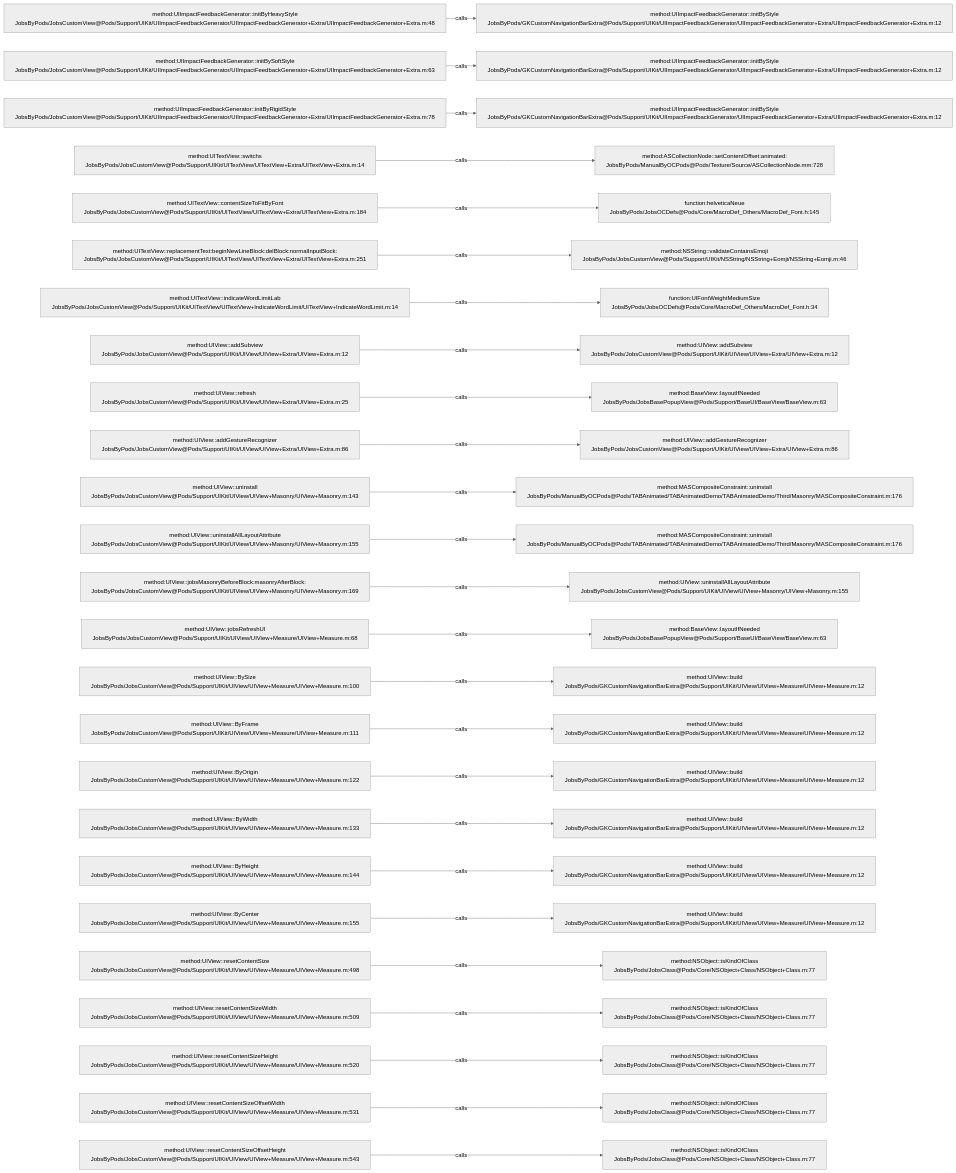
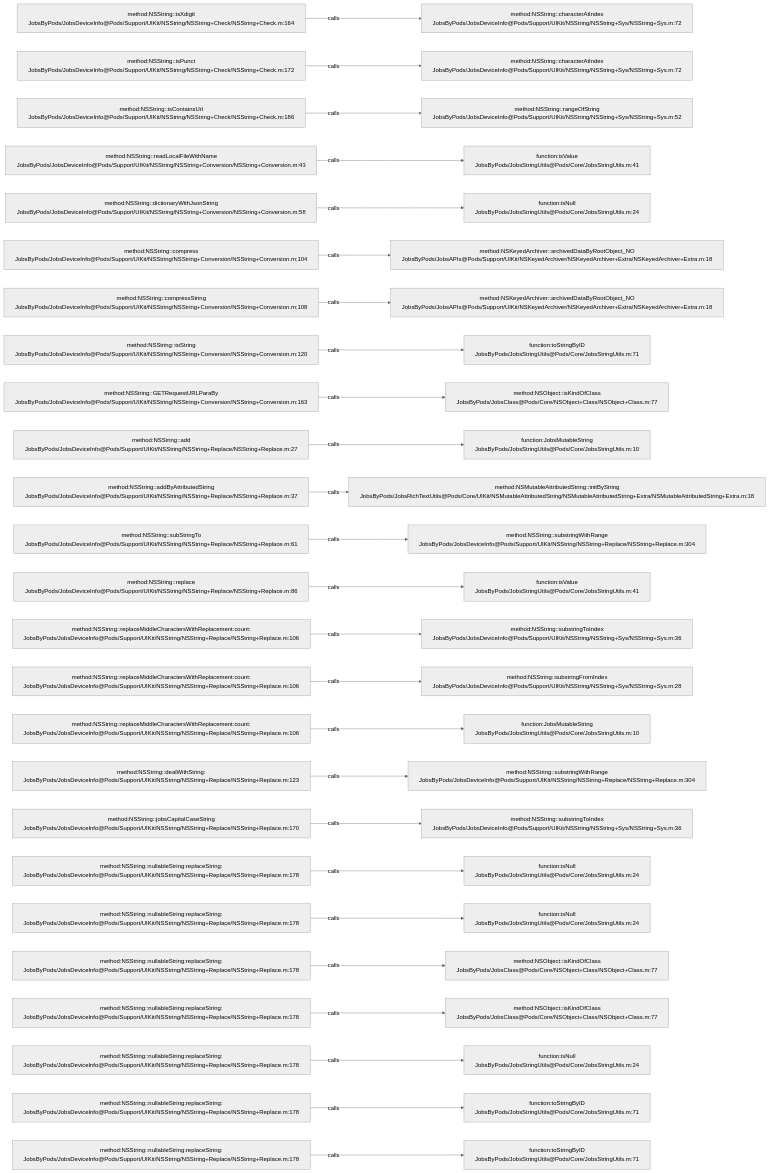
The diagram in .codegraph/codegraph.md/graphs/calls-090.md (JobsKits/JobsOCBaseConfigDemo), drawn with Mermaid (neutral theme) before and after one commit. The commit also changed 639 other files, not shown here.

````diff
--- a/.codegraph/codegraph.md/graphs/calls-090.md
+++ b/.codegraph/codegraph.md/graphs/calls-090.md
@@ -13,78 +13,78 @@
 ```mermaid
 flowchart LR
-  S1["method:UIImpactFeedbackGenerator::initByHeavyStyle<br/>JobsByPods/JobsCustomView@Pods/Support/UIKit/UIImpactFeedbackGenerator/UIImpactFeedbackGenerator+Extra/UIImpactFeedbackGenerator+Extra.m:48"]
-  T1["method:UIImpactFeedbackGenerator::initByStyle<br/>JobsByPods/GKCustomNavigationBarExtra@Pods/Support/UIKit/UIImpactFeedbackGenerator/UIImpactFeedbackGenerator+Extra/UIImpactFeedbackGenerator+Extra.m:12"]
+  S1["method:NSString::isXdigit<br/>JobsByPods/JobsDeviceInfo@Pods/Support/UIKit/NSString/NSString+Check/NSString+Check.m:164"]
+  T1["method:NSString::characterAtIndex<br/>JobsByPods/JobsDeviceInfo@Pods/Support/UIKit/NSString/NSString+Sys/NSString+Sys.m:72"]
   S1 -->|calls| T1
-  S2["method:UIImpactFeedbackGenerator::initBySoftStyle<br/>JobsByPods/JobsCustomView@Pods/Support/UIKit/UIImpactFeedbackGenerator/UIImpactFeedbackGenerator+Extra/UIImpactFeedbackGenerator+Extra.m:63"]
-  T2["method:UIImpactFeedbackGenerator::initByStyle<br/>JobsByPods/GKCustomNavigationBarExtra@Pods/Support/UIKit/UIImpactFeedbackGenerator/UIImpactFeedbackGenerator+Extra/UIImpactFeedbackGenerator+Extra.m:12"]
+  S2["method:NSString::isPunct<br/>JobsByPods/JobsDeviceInfo@Pods/Support/UIKit/NSString/NSString+Check/NSString+Check.m:172"]
+  T2["method:NSString::characterAtIndex<br/>JobsByPods/JobsDeviceInfo@Pods/Support/UIKit/NSString/NSString+Sys/NSString+Sys.m:72"]
   S2 -->|calls| T2
-  S3["method:UIImpactFeedbackGenerator::initByRigidStyle<br/>JobsByPods/JobsCustomView@Pods/Support/UIKit/UIImpactFeedbackGenerator/UIImpactFeedbackGenerator+Extra/UIImpactFeedbackGenerator+Extra.m:78"]
-  T3["method:UIImpactFeedbackGenerator::initByStyle<br/>JobsByPods/GKCustomNavigationBarExtra@Pods/Support/UIKit/UIImpactFeedbackGenerator/UIImpactFeedbackGenerator+Extra/UIImpactFeedbackGenerator+Extra.m:12"]
+  S3["method:NSString::isContainsUrl<br/>JobsByPods/JobsDeviceInfo@Pods/Support/UIKit/NSString/NSString+Check/NSString+Check.m:186"]
+  T3["method:NSString::rangeOfString<br/>JobsByPods/JobsDeviceInfo@Pods/Support/UIKit/NSString/NSString+Sys/NSString+Sys.m:52"]
   S3 -->|calls| T3
-  S4["method:UITextView::switchs<br/>JobsByPods/JobsCustomView@Pods/Support/UIKit/UITextView/UITextView+Extra/UITextView+Extra.m:14"]
-  T4["method:ASCollectionNode::setContentOffset:animated:<br/>JobsByPods/ManualByOCPods@Pods/Texture/Source/ASCollectionNode.mm:728"]
+  S4["method:NSString::readLocalFileWithName<br/>JobsByPods/JobsDeviceInfo@Pods/Support/UIKit/NSString/NSString+Conversion/NSString+Conversion.m:43"]
+  T4["function:isValue<br/>JobsByPods/JobsStringUtils@Pods/Core/JobsStringUtils.m:41"]
   S4 -->|calls| T4
-  S5["method:UITextView::contentSizeToFitByFont<br/>JobsByPods/JobsCustomView@Pods/Support/UIKit/UITextView/UITextView+Extra/UITextView+Extra.m:184"]
-  T5["function:helveticaNeue<br/>JobsByPods/JobsOCDefs@Pods/Core/MacroDef_Others/MacroDef_Font.h:145"]
+  S5["method:NSString::dictionaryWithJsonString<br/>JobsByPods/JobsDeviceInfo@Pods/Support/UIKit/NSString/NSString+Conversion/NSString+Conversion.m:58"]
+  T5["function:isNull<br/>JobsByPods/JobsStringUtils@Pods/Core/JobsStringUtils.m:24"]
   S5 -->|calls| T5
-  S6["method:UITextView::replacementText:beginNewLineBlock:delBlock:normalInputBlock:<br/>JobsByPods/JobsCustomView@Pods/Support/UIKit/UITextView/UITextView+Extra/UITextView+Extra.m:251"]
-  T6["method:NSString::validateContainsEmoji<br/>JobsByPods/JobsCustomView@Pods/Support/UIKit/NSString/NSString+Eomji/NSString+Eomji.m:46"]
+  S6["method:NSString::compress<br/>JobsByPods/JobsDeviceInfo@Pods/Support/UIKit/NSString/NSString+Conversion/NSString+Conversion.m:104"]
+  T6["method:NSKeyedArchiver::archivedDataByRootObject_NO<br/>JobsByPods/JobsAPIs@Pods/Support/UIKit/NSKeyedArchiver/NSKeyedArchiver+Extra/NSKeyedArchiver+Extra.m:18"]
   S6 -->|calls| T6
-  S7["method:UITextView::indicateWordLimitLab<br/>JobsByPods/JobsCustomView@Pods/Support/UIKit/UITextView/UITextView+IndicateWordLimit/UITextView+IndicateWordLimit.m:14"]
-  T7["function:UIFontWeightMediumSize<br/>JobsByPods/JobsOCDefs@Pods/Core/MacroDef_Others/MacroDef_Font.h:34"]
+  S7["method:NSString::compressString<br/>JobsByPods/JobsDeviceInfo@Pods/Support/UIKit/NSString/NSString+Conversion/NSString+Conversion.m:108"]
+  T7["method:NSKeyedArchiver::archivedDataByRootObject_NO<br/>JobsByPods/JobsAPIs@Pods/Support/UIKit/NSKeyedArchiver/NSKeyedArchiver+Extra/NSKeyedArchiver+Extra.m:18"]
   S7 -->|calls| T7
-  S8["method:UIView::addSubview<br/>JobsByPods/JobsCustomView@Pods/Support/UIKit/UIView/UIView+Extra/UIView+Extra.m:12"]
-  T8["method:UIView::addSubview<br/>JobsByPods/JobsCustomView@Pods/Support/UIKit/UIView/UIView+Extra/UIView+Extra.m:12"]
+  S8["method:NSString::toString<br/>JobsByPods/JobsDeviceInfo@Pods/Support/UIKit/NSString/NSString+Conversion/NSString+Conversion.m:120"]
+  T8["function:toStringByID<br/>JobsByPods/JobsStringUtils@Pods/Core/JobsStringUtils.m:71"]
   S8 -->|calls| T8
-  S9["method:UIView::refresh<br/>JobsByPods/JobsCustomView@Pods/Support/UIKit/UIView/UIView+Extra/UIView+Extra.m:25"]
-  T9["method:BaseView::layoutIfNeeded<br/>JobsByPods/JobsBasePopupView@Pods/Support/BaseUI/BaseView/BaseView.m:63"]
+  S9["method:NSString::GETRequestURLParaBy<br/>JobsByPods/JobsDeviceInfo@Pods/Support/UIKit/NSString/NSString+Conversion/NSString+Conversion.m:163"]
+  T9["method:NSObject::isKindOfClass<br/>JobsByPods/JobsClass@Pods/Core/NSObject+Class/NSObject+Class.m:77"]
   S9 -->|calls| T9
-  S10["method:UIView::addGestureRecognizer<br/>JobsByPods/JobsCustomView@Pods/Support/UIKit/UIView/UIView+Extra/UIView+Extra.m:86"]
-  T10["method:UIView::addGestureRecognizer<br/>JobsByPods/JobsCustomView@Pods/Support/UIKit/UIView/UIView+Extra/UIView+Extra.m:86"]
+  S10["method:NSString::add<br/>JobsByPods/JobsDeviceInfo@Pods/Support/UIKit/NSString/NSString+Replace/NSString+Replace.m:27"]
+  T10["function:JobsMutableString<br/>JobsByPods/JobsStringUtils@Pods/Core/JobsStringUtils.m:10"]
   S10 -->|calls| T10
-  S11["method:UIView::uninstall<br/>JobsByPods/JobsCustomView@Pods/Support/UIKit/UIView/UIView+Masonry/UIView+Masonry.m:143"]
-  T11["method:MASCompositeConstraint::uninstall<br/>JobsByPods/ManualByOCPods@Pods/TABAnimated/TABAnimatedDemo/TABAnimatedDemo/Third/Masonry/MASCompositeConstraint.m:176"]
+  S11["method:NSString::addByAttributedString<br/>JobsByPods/JobsDeviceInfo@Pods/Support/UIKit/NSString/NSString+Replace/NSString+Replace.m:37"]
+  T11["method:NSMutableAttributedString::initByString<br/>JobsByPods/JobsRichTextUtils@Pods/Core/UIKit/NSMutableAttributedString/NSMutableAttributedString+Extra/NSMutableAttributedString+Extra.m:18"]
   S11 -->|calls| T11
-  S12["method:UIView::uninstallAllLayoutAttribute<br/>JobsByPods/JobsCustomView@Pods/Support/UIKit/UIView/UIView+Masonry/UIView+Masonry.m:155"]
-  T12["method:MASCompositeConstraint::uninstall<br/>JobsByPods/ManualByOCPods@Pods/TABAnimated/TABAnimatedDemo/TABAnimatedDemo/Third/Masonry/MASCompositeConstraint.m:176"]
+  S12["method:NSString::subStringTo<br/>JobsByPods/JobsDeviceInfo@Pods/Support/UIKit/NSString/NSString+Replace/NSString+Replace.m:61"]
+  T12["method:NSString::substringWithRange<br/>JobsByPods/JobsDeviceInfo@Pods/Support/UIKit/NSString/NSString+Replace/NSString+Replace.m:304"]
   S12 -->|calls| T12
-  S13["method:UIView::jobsMasonryBeforeBlock:masonryAfterBlock:<br/>JobsByPods/JobsCustomView@Pods/Support/UIKit/UIView/UIView+Masonry/UIView+Masonry.m:169"]
-  T13["method:UIView::uninstallAllLayoutAttribute<br/>JobsByPods/JobsCustomView@Pods/Support/UIKit/UIView/UIView+Masonry/UIView+Masonry.m:155"]
+  S13["method:NSString::replace<br/>JobsByPods/JobsDeviceInfo@Pods/Support/UIKit/NSString/NSString+Replace/NSString+Replace.m:86"]
+  T13["function:isValue<br/>JobsByPods/JobsStringUtils@Pods/Core/JobsStringUtils.m:41"]
   S13 -->|calls| T13
-  S14["method:UIView::jobsRefreshUI<br/>JobsByPods/JobsCustomView@Pods/Support/UIKit/UIView/UIView+Measure/UIView+Measure.m:68"]
-  T14["method:BaseView::layoutIfNeeded<br/>JobsByPods/JobsBasePopupView@Pods/Support/BaseUI/BaseView/BaseView.m:63"]
+  S14["method:NSString::replaceMiddleCharactersWithReplacement:count:<br/>JobsByPods/JobsDeviceInfo@Pods/Support/UIKit/NSString/NSString+Replace/NSString+Replace.m:106"]
+  T14["method:NSString::substringToIndex<br/>JobsByPods/JobsDeviceInfo@Pods/Support/UIKit/NSString/NSString+Sys/NSString+Sys.m:36"]
   S14 -->|calls| T14
-  S15["method:UIView::BySize<br/>JobsByPods/JobsCustomView@Pods/Support/UIKit/UIView/UIView+Measure/UIView+Measure.m:100"]
-  T15["method:UIView::build<br/>JobsByPods/GKCustomNavigationBarExtra@Pods/Support/UIKit/UIView/UIView+Measure/UIView+Measure.m:12"]
+  S15["method:NSString::replaceMiddleCharactersWithReplacement:count:<br/>JobsByPods/JobsDeviceInfo@Pods/Support/UIKit/NSString/NSString+Replace/NSString+Replace.m:106"]
+  T15["method:NSString::substringFromIndex<br/>JobsByPods/JobsDeviceInfo@Pods/Support/UIKit/NSString/NSString+Sys/NSString+Sys.m:28"]
   S15 -->|calls| T15
-  S16["method:UIView::ByFrame<br/>JobsByPods/JobsCustomView@Pods/Support/UIKit/UIView/UIView+Measure/UIView+Measure.m:111"]
-  T16["method:UIView::build<br/>JobsByPods/GKCustomNavigationBarExtra@Pods/Support/UIKit/UIView/UIView+Measure/UIView+Measure.m:12"]
+  S16["method:NSString::replaceMiddleCharactersWithReplacement:count:<br/>JobsByPods/JobsDeviceInfo@Pods/Support/UIKit/NSString/NSString+Replace/NSString+Replace.m:106"]
+  T16["function:JobsMutableString<br/>JobsByPods/JobsStringUtils@Pods/Core/JobsStringUtils.m:10"]
   S16 -->|calls| T16
-  S17["method:UIView::ByOrigin<br/>JobsByPods/JobsCustomView@Pods/Support/UIKit/UIView/UIView+Measure/UIView+Measure.m:122"]
-  T17["method:UIView::build<br/>JobsByPods/GKCustomNavigationBarExtra@Pods/Support/UIKit/UIView/UIView+Measure/UIView+Measure.m:12"]
+  S17["method:NSString::dealWithString:<br/>JobsByPods/JobsDeviceInfo@Pods/Support/UIKit/NSString/NSString+Replace/NSString+Replace.m:123"]
+  T17["method:NSString::substringWithRange<br/>JobsByPods/JobsDeviceInfo@Pods/Support/UIKit/NSString/NSString+Replace/NSString+Replace.m:304"]
   S17 -->|calls| T17
-  S18["method:UIView::ByWidth<br/>JobsByPods/JobsCustomView@Pods/Support/UIKit/UIView/UIView+Measure/UIView+Measure.m:133"]
-  T18["method:UIView::build<br/>JobsByPods/GKCustomNavigationBarExtra@Pods/Support/UIKit/UIView/UIView+Measure/UIView+Measure.m:12"]
+  S18["method:NSString::jobsCapitalCaseString<br/>JobsByPods/JobsDeviceInfo@Pods/Support/UIKit/NSString/NSString+Replace/NSString+Replace.m:170"]
+  T18["method:NSString::substringToIndex<br/>JobsByPods/JobsDeviceInfo@Pods/Support/UIKit/NSString/NSString+Sys/NSString+Sys.m:36"]
   S18 -->|calls| T18
-  S19["method:UIView::ByHeight<br/>JobsByPods/JobsCustomView@Pods/Support/UIKit/UIView/UIView+Measure/UIView+Measure.m:144"]
-  T19["method:UIView::build<br/>JobsByPods/GKCustomNavigationBarExtra@Pods/Support/UIKit/UIView/UIView+Measure/UIView+Measure.m:12"]
+  S19["method:NSString::nullableString:replaceString:<br/>JobsByPods/JobsDeviceInfo@Pods/Support/UIKit/NSString/NSString+Replace/NSString+Replace.m:178"]
+  T19["function:isNull<br/>JobsByPods/JobsStringUtils@Pods/Core/JobsStringUtils.m:24"]
   S19 -->|calls| T19
-  S20["method:UIView::ByCenter<br/>JobsByPods/JobsCustomView@Pods/Support/UIKit/UIView/UIView+Measure/UIView+Measure.m:155"]
-  T20["method:UIView::build<br/>JobsByPods/GKCustomNavigationBarExtra@Pods/Support/UIKit/UIView/UIView+Measure/UIView+Measure.m:12"]
+  S20["method:NSString::nullableString:replaceString:<br/>JobsByPods/JobsDeviceInfo@Pods/Support/UIKit/NSString/NSString+Replace/NSString+Replace.m:178"]
+  T20["function:isNull<br/>JobsByPods/JobsStringUtils@Pods/Core/JobsStringUtils.m:24"]
   S20 -->|calls| T20
-  S21["method:UIView::resetContentSize<br/>JobsByPods/JobsCustomView@Pods/Support/UIKit/UIView/UIView+Measure/UIView+Measure.m:498"]
+  S21["method:NSString::nullableString:replaceString:<br/>JobsByPods/JobsDeviceInfo@Pods/Support/UIKit/NSString/NSString+Replace/NSString+Replace.m:178"]
   T21["method:NSObject::isKindOfClass<br/>JobsByPods/JobsClass@Pods/Core/NSObject+Class/NSObject+Class.m:77"]
   S21 -->|calls| T21
-  S22["method:UIView::resetContentSizeWidth<br/>JobsByPods/JobsCustomView@Pods/Support/UIKit/UIView/UIView+Measure/UIView+Measure.m:509"]
+  S22["method:NSString::nullableString:replaceString:<br/>JobsByPods/JobsDeviceInfo@Pods/Support/UIKit/NSString/NSString+Replace/NSString+Replace.m:178"]
   T22["method:NSObject::isKindOfClass<br/>JobsByPods/JobsClass@Pods/Core/NSObject+Class/NSObject+Class.m:77"]
   S22 -->|calls| T22
-  S23["method:UIView::resetContentSizeHeight<br/>JobsByPods/JobsCustomView@Pods/Support/UIKit/UIView/UIView+Measure/UIView+Measure.m:520"]
-  T23["method:NSObject::isKindOfClass<br/>JobsByPods/JobsClass@Pods/Core/NSObject+Class/NSObject+Class.m:77"]
+  S23["method:NSString::nullableString:replaceString:<br/>JobsByPods/JobsDeviceInfo@Pods/Support/UIKit/NSString/NSString+Replace/NSString+Replace.m:178"]
+  T23["function:isNull<br/>JobsByPods/JobsStringUtils@Pods/Core/JobsStringUtils.m:24"]
   S23 -->|calls| T23
-  S24["method:UIView::resetContentSizeOffsetWidth<br/>JobsByPods/JobsCustomView@Pods/Support/UIKit/UIView/UIView+Measure/UIView+Measure.m:531"]
-  T24["method:NSObject::isKindOfClass<br/>JobsByPods/JobsClass@Pods/Core/NSObject+Class/NSObject+Class.m:77"]
+  S24["method:NSString::nullableString:replaceString:<br/>JobsByPods/JobsDeviceInfo@Pods/Support/UIKit/NSString/NSString+Replace/NSString+Replace.m:178"]
+  T24["function:toStringByID<br/>JobsByPods/JobsStringUtils@Pods/Core/JobsStringUtils.m:71"]
   S24 -->|calls| T24
-  S25["method:UIView::resetContentSizeOffsetHeight<br/>JobsByPods/JobsCustomView@Pods/Support/UIKit/UIView/UIView+Measure/UIView+Measure.m:543"]
-  T25["method:NSObject::isKindOfClass<br/>JobsByPods/JobsClass@Pods/Core/NSObject+Class/NSObject+Class.m:77"]
+  S25["method:NSString::nullableString:replaceString:<br/>JobsByPods/JobsDeviceInfo@Pods/Support/UIKit/NSString/NSString+Replace/NSString+Replace.m:178"]
+  T25["function:toStringByID<br/>JobsByPods/JobsStringUtils@Pods/Core/JobsStringUtils.m:71"]
   S25 -->|calls| T25
 ```
````
